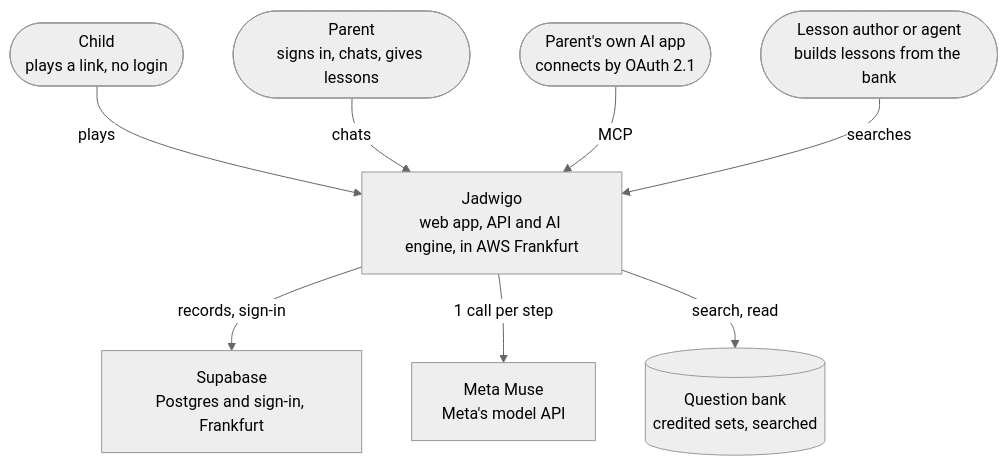
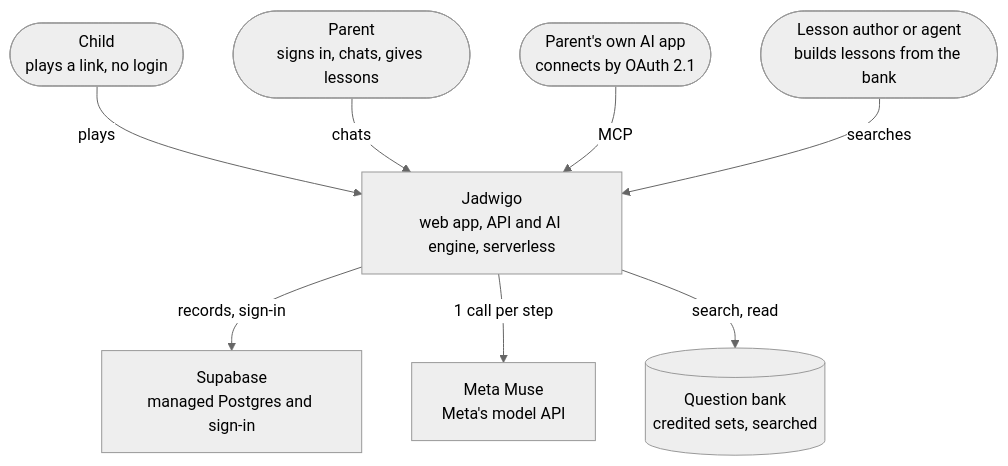
The diagram in apps/docs/src/lib/diagrams/context.mmd (vasyl-stanislavchuk/jadwigo-hackathon), drawn with Mermaid (neutral theme) before and after one commit. The commit also changed 3 other files, not shown here.

First line of the commit message:
dl-5ssh.90.53.26: the architecture page leads with serverless, not the AWS region (#949)

```diff
--- a/apps/docs/src/lib/diagrams/context.mmd
+++ b/apps/docs/src/lib/diagrams/context.mmd
@@ -1,16 +1,16 @@
 flowchart TB
   child(["Child<br/>plays a link, no login"])
   parent(["Parent<br/>signs in, chats, gives lessons"])
   aiapp(["Parent's own AI app<br/>connects by OAuth 2.1"])
   author(["Lesson author or agent<br/>builds lessons from the bank"])
-  jadwigo["Jadwigo<br/>web app, API and AI engine, in AWS Frankfurt"]
-  supabase["Supabase<br/>Postgres and sign-in, Frankfurt"]
+  jadwigo["Jadwigo<br/>web app, API and AI engine, serverless"]
+  supabase["Supabase<br/>managed Postgres and sign-in"]
   muse["Meta Muse<br/>Meta's model API"]
   bank[("Question bank<br/>credited sets, searched")]
   child -- plays --> jadwigo
   parent -- chats --> jadwigo
   aiapp -- MCP --> jadwigo
   author -- searches --> jadwigo
   jadwigo -- "records, sign-in" --> supabase
   jadwigo -- "1 call per step" --> muse
   jadwigo -- "search, read" --> bank
```
